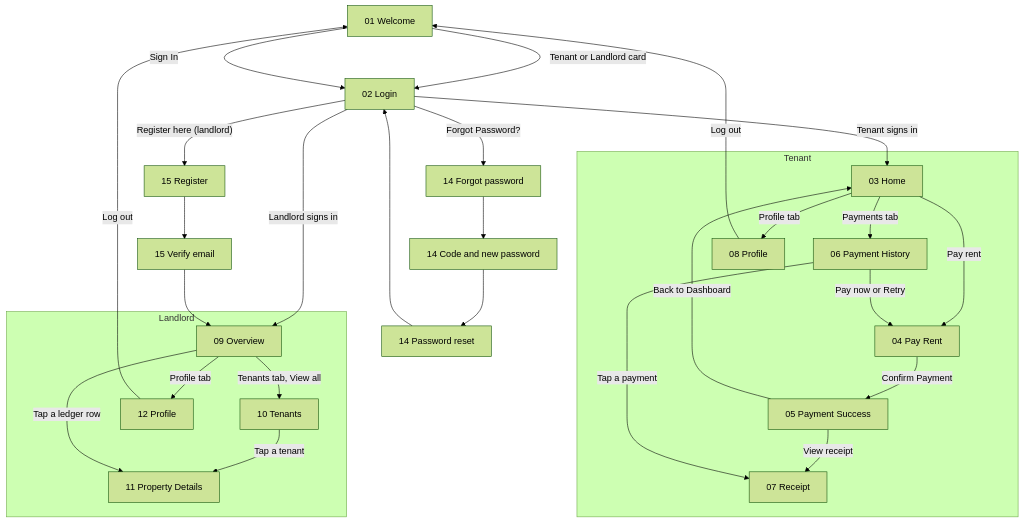
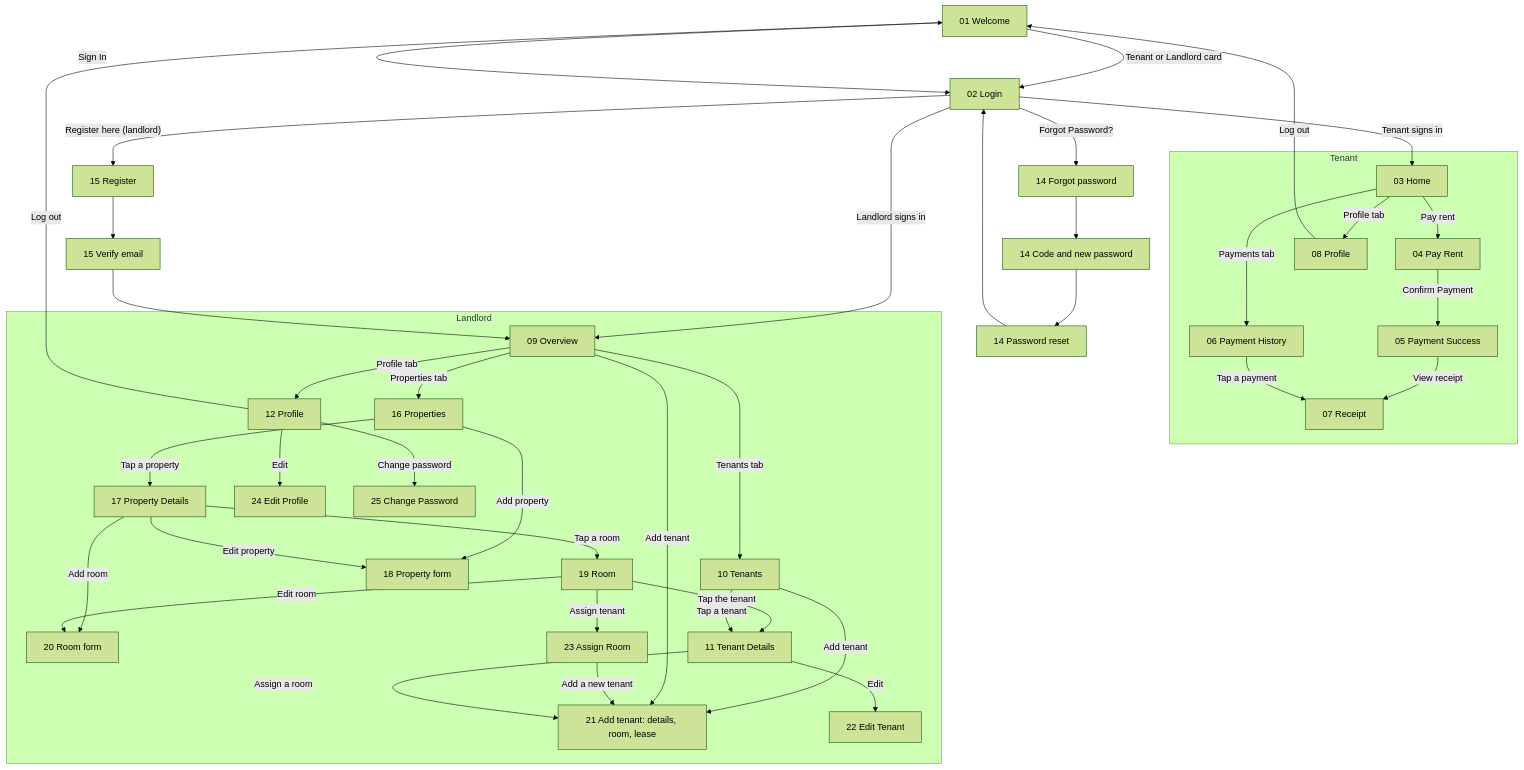
Before and after one commit to nil2022/rentwallet-app: the diagram in README.md, drawn with Mermaid (forest theme). The commit also changed other lines of this file and 24 other files, not shown here.

````diff
--- a/README.md
+++ b/README.md
@@ -65,32 +104,45 @@
 ```mermaid
 flowchart TD
     W["01 Welcome"] -->|"Tenant or Landlord card"| L["02 Login"]
     W -->|"Sign In"| L
     L -->|"Forgot Password?"| F1["14 Forgot password"]
     F1 --> F2["14 Code and new password"] --> F3["14 Password reset"] --> L
     L -->|"Register here (landlord)"| R1["15 Register"] --> R2["15 Verify email"]
     L -->|"Tenant signs in"| TH
     L -->|"Landlord signs in"| LO
     R2 --> LO
 
     subgraph Tenant
         TH["03 Home"] -->|"Pay rent"| PR["04 Pay Rent"]
         PR -->|"Confirm Payment"| PS["05 Payment Success"]
         PS -->|"View receipt"| RC["07 Receipt"]
-        PS -->|"Back to Dashboard"| TH
         TH -->|"Payments tab"| PH["06 Payment History"]
         PH -->|"Tap a payment"| RC
-        PH -->|"Pay now or Retry"| PR
         TH -->|"Profile tab"| TP["08 Profile"]
     end
 
     subgraph Landlord
-        LO["09 Overview"] -->|"Tenants tab, View all"| TS["10 Tenants"]
-        TS -->|"Tap a tenant"| PD["11 Property Details"]
-        LO -->|"Tap a ledger row"| PD
+        LO["09 Overview"] -->|"Properties tab"| PL["16 Properties"]
+        LO -->|"Tenants tab"| TS["10 Tenants"]
         LO -->|"Profile tab"| LP["12 Profile"]
+        PL -->|"Tap a property"| PD["17 Property Details"]
+        PL -->|"Add property"| PF["18 Property form"]
+        PD -->|"Edit property"| PF
+        PD -->|"Add room"| RF["20 Room form"]
+        PD -->|"Tap a room"| RD["19 Room"]
+        RD -->|"Edit room"| RF
+        RD -->|"Assign tenant"| AR["23 Assign Room"]
+        RD -->|"Tap the tenant"| TD["11 Tenant Details"]
+        TS -->|"Tap a tenant"| TD
+        TS -->|"Add tenant"| AT["21 Add tenant: details, room, lease"]
+        LO -->|"Add tenant"| AT
+        AR -->|"Add a new tenant"| AT
+        TD -->|"Edit"| TF["22 Edit Tenant"]
+        TD -->|"Assign a room"| AT
+        LP -->|"Edit"| EP["24 Edit Profile"]
+        LP -->|"Change password"| CP["25 Change Password"]
     end
 
     TP -->|"Log out"| W
     LP -->|"Log out"| W
 ```
````
